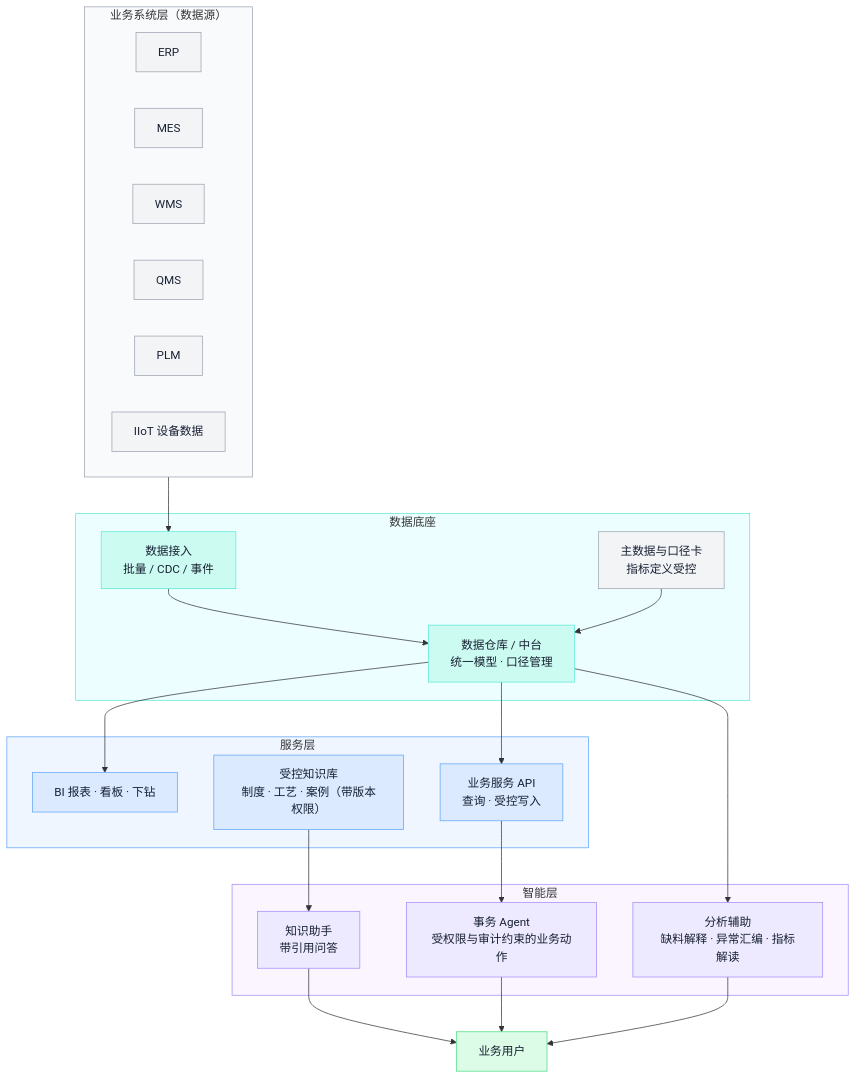
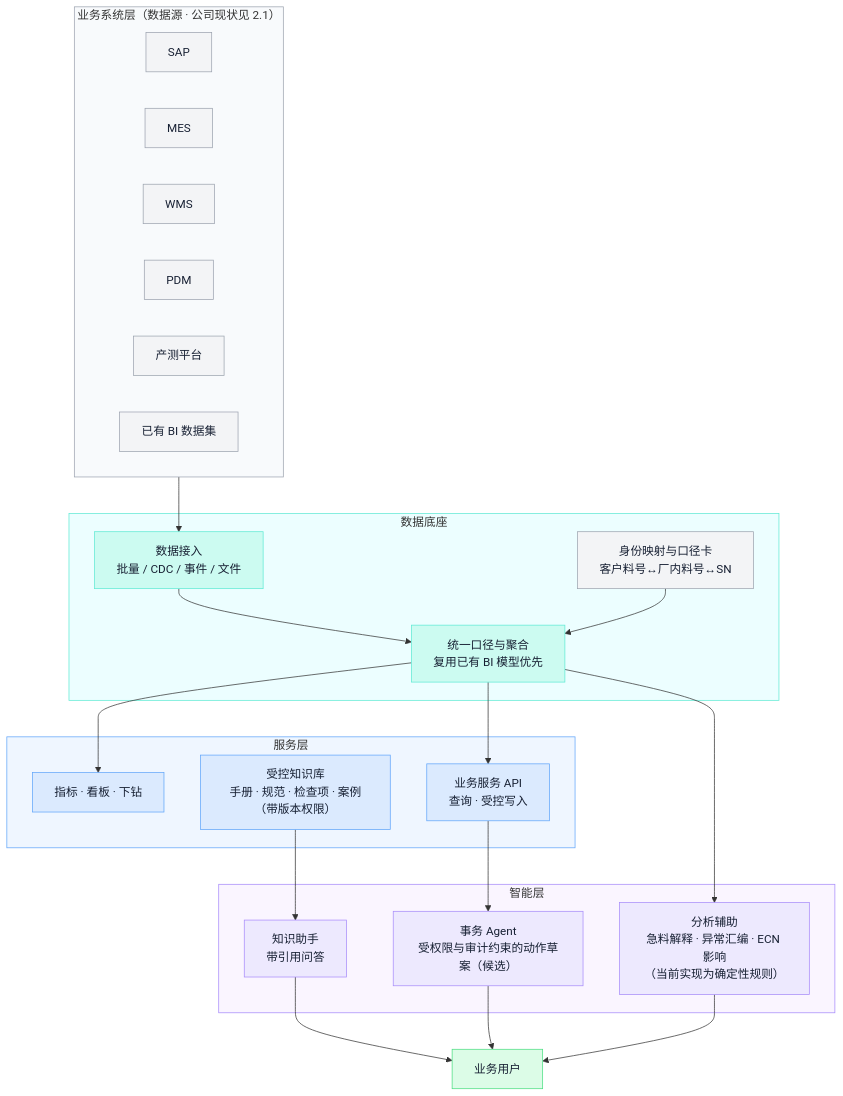
One commit to ink-hz/AI-Manufacturing-Platform changed diagram 17 of 18 in docs/manufacturing-system-handbook.md. Above: the diagram before and after it, drawn with Mermaid. The commit also changed other lines of this file and 9 other files, not shown here.

First line of the commit message:
docs: OEM revision of handbook, architecture, flows and design document

````diff
--- a/docs/manufacturing-system-handbook.md
+++ b/docs/manufacturing-system-handbook.md
@@ -898,48 +1223,48 @@
 ```mermaid
 flowchart TB
-    subgraph SRC [业务系统层（数据源）]
-        S1[ERP] 
-        S2[MES]
-        S3[WMS]
-        S4[QMS]
-        S5[PLM]
-        S6[IIoT 设备数据]
+    subgraph SRC["业务系统层（数据源 · 公司现状见 2.1）"]
+        SX1["SAP"]
+        SX2["MES"]
+        SX3["WMS"]
+        SX4["PDM"]
+        SX5["产测平台"]
+        SX6["已有 BI 数据集"]
     end
-    subgraph BASE [数据底座]
-        ODS[数据接入<br/>批量 / CDC / 事件]
-        DWH[数据仓库 / 中台<br/>统一模型 · 口径管理]
-        MDMx[主数据与口径卡<br/>指标定义受控]
+    subgraph BASE["数据底座"]
+        ODS["数据接入<br/>批量 / CDC / 事件 / 文件"]
+        DWH["统一口径与聚合<br/>复用已有 BI 模型优先"]
+        MDMx["身份映射与口径卡<br/>客户料号↔厂内料号↔SN"]
     end
-    subgraph SERV [服务层]
-        BI2[BI 报表 · 看板 · 下钻]
-        KB[受控知识库<br/>制度 · 工艺 · 案例（带版本权限）]
-        API2[业务服务 API<br/>查询 · 受控写入]
+    subgraph SERV["服务层"]
+        BI3["指标 · 看板 · 下钻"]
+        KB["受控知识库<br/>手册 · 规范 · 检查项 · 案例（带版本权限）"]
+        API2["业务服务 API<br/>查询 · 受控写入"]
     end
-    subgraph AGT [智能层]
-        A1[知识助手<br/>带引用问答]
-        A2[分析辅助<br/>缺料解释 · 异常汇编 · 指标解读]
-        A3[事务 Agent<br/>受权限与审计约束的业务动作]
+    subgraph AGT["智能层"]
+        A1["知识助手<br/>带引用问答"]
+        A2["分析辅助<br/>急料解释 · 异常汇编 · ECN 影响<br/>（当前实现为确定性规则）"]
+        A3["事务 Agent<br/>受权限与审计约束的动作草案（候选）"]
     end
     SRC --> ODS --> DWH
     MDMx --> DWH
-    DWH --> BI2
+    DWH --> BI3
     DWH --> API2
     KB --> A1
     DWH --> A2
     API2 --> A3
-    A1 & A2 & A3 --> U[业务用户]
-    class S1,S2,S3,S4,S5,S6,MDMx store
+    A1 & A2 & A3 --> U["业务用户"]
+    class SX1,SX2,SX3,SX4,SX5,SX6,MDMx store
     class ODS,DWH flow
-    class BI2,KB,API2 biz
+    class BI3,KB,API2 biz
     class A1,A2,A3 eng
     class U exec
     style SRC fill:#F8FAFC,stroke:#9CA3AF
     style BASE fill:#ECFEFF,stroke:#5EEAD4
     style SERV fill:#EFF6FF,stroke:#60A5FA
     style AGT fill:#FAF5FF,stroke:#A78BFA
     classDef store fill:#F3F4F6,stroke:#9CA3AF,color:#172033;
     classDef flow fill:#CCFBF1,stroke:#5EEAD4,color:#172033;
     classDef biz fill:#DBEAFE,stroke:#60A5FA,color:#172033;
     classDef eng fill:#EDE9FE,stroke:#A78BFA,color:#172033;
     classDef exec fill:#DCFCE7,stroke:#4ADE80,color:#172033;
 ```
````
